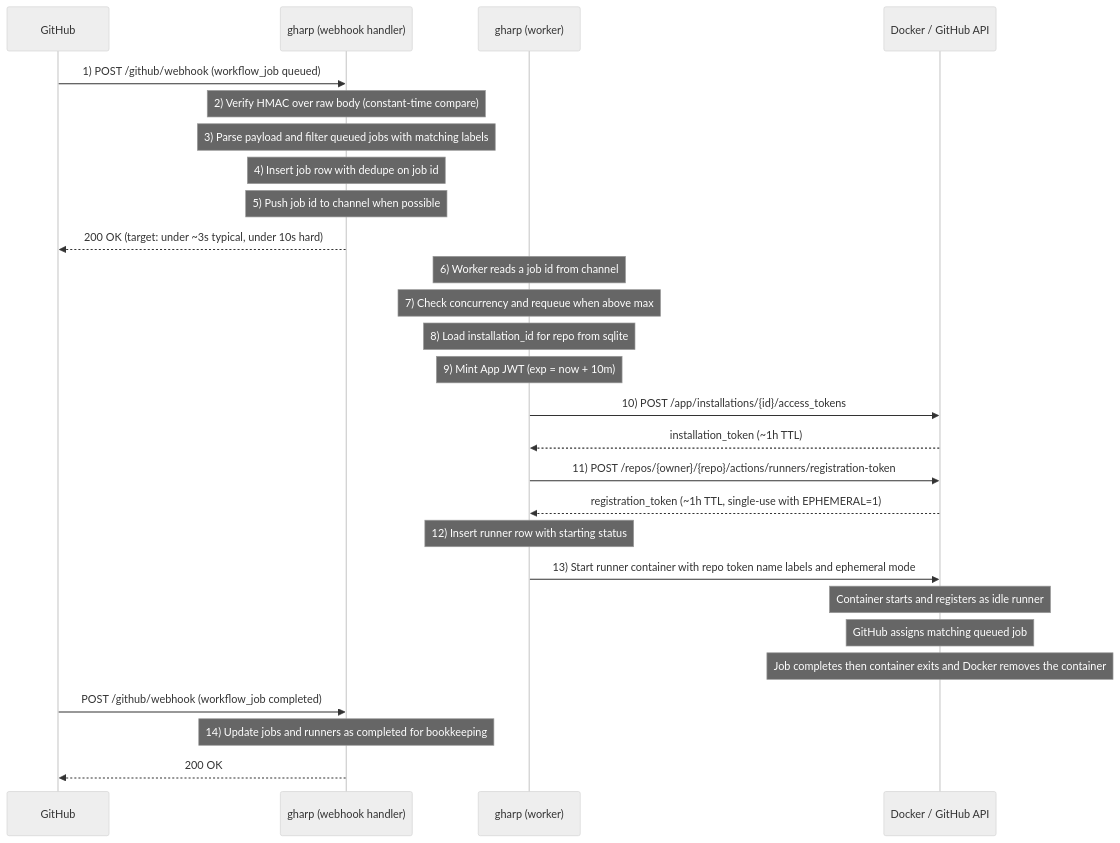
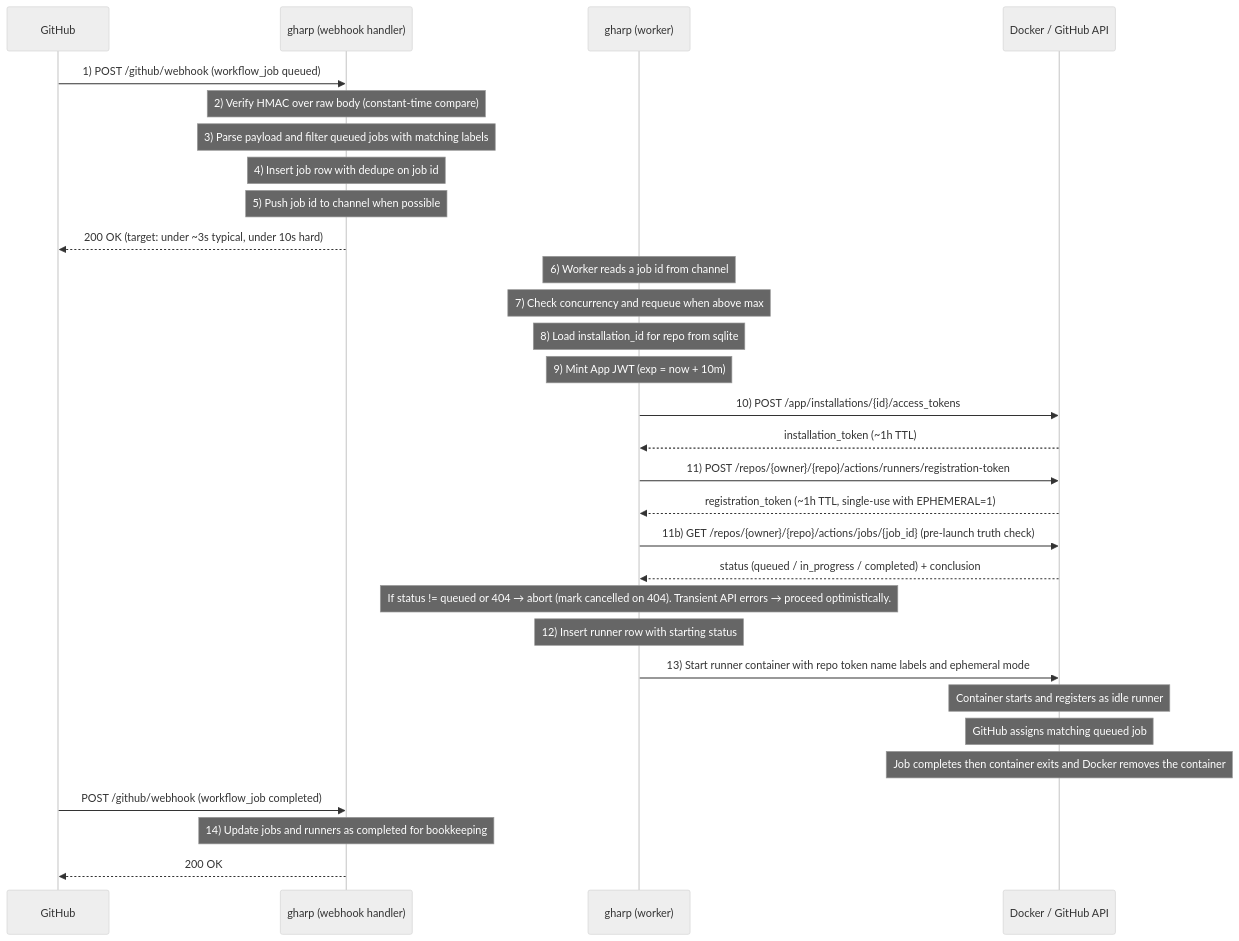
One commit to muhac/actions-runner-pool changed the first of 2 diagrams in docs/architecture.md. Above: the diagram before and after it, drawn with Mermaid (neutral theme). The commit also changed other lines of this file and 23 other files, not shown here.

````diff
--- a/docs/architecture.md
+++ b/docs/architecture.md
@@ -161,35 +161,39 @@
 ```mermaid
 sequenceDiagram
     participant GH as GitHub
     participant WH as gharp (webhook handler)
     participant WK as gharp (worker)
     participant DK as Docker / GitHub API
 
   GH->>WH: 1) POST /github/webhook (workflow_job queued)
     Note over WH: 2) Verify HMAC over raw body (constant-time compare)
   Note over WH: 3) Parse payload and filter queued jobs with matching labels
   Note over WH: 4) Insert job row with dedupe on job id
   Note over WH: 5) Push job id to channel when possible
   WH-->>GH: 200 OK (target: under ~3s typical, under 10s hard)
 
     Note over WK: 6) Worker reads a job id from channel
     Note over WK: 7) Check concurrency and requeue when above max
     Note over WK: 8) Load installation_id for repo from sqlite
     Note over WK: 9) Mint App JWT (exp = now + 10m)
 
     WK->>DK: 10) POST /app/installations/{id}/access_tokens
     DK-->>WK: installation_token (~1h TTL)
 
     WK->>DK: 11) POST /repos/{owner}/{repo}/actions/runners/registration-token
     DK-->>WK: registration_token (~1h TTL, single-use with EPHEMERAL=1)
 
+    WK->>DK: 11b) GET /repos/{owner}/{repo}/actions/jobs/{job_id} (pre-launch truth check)
+    DK-->>WK: status (queued / in_progress / completed) + conclusion
+    Note over WK: If status != queued or 404 → abort (mark cancelled on 404). Transient API errors → proceed optimistically.
+
     Note over WK: 12) Insert runner row with starting status
     WK->>DK: 13) Start runner container with repo token name labels and ephemeral mode
     Note over DK: Container starts and registers as idle runner
     Note over DK: GitHub assigns matching queued job
     Note over DK: Job completes then container exits and Docker removes the container
 
     GH->>WH: POST /github/webhook (workflow_job completed)
     Note over WH: 14) Update jobs and runners as completed for bookkeeping
     WH-->>GH: 200 OK
 ```
````
